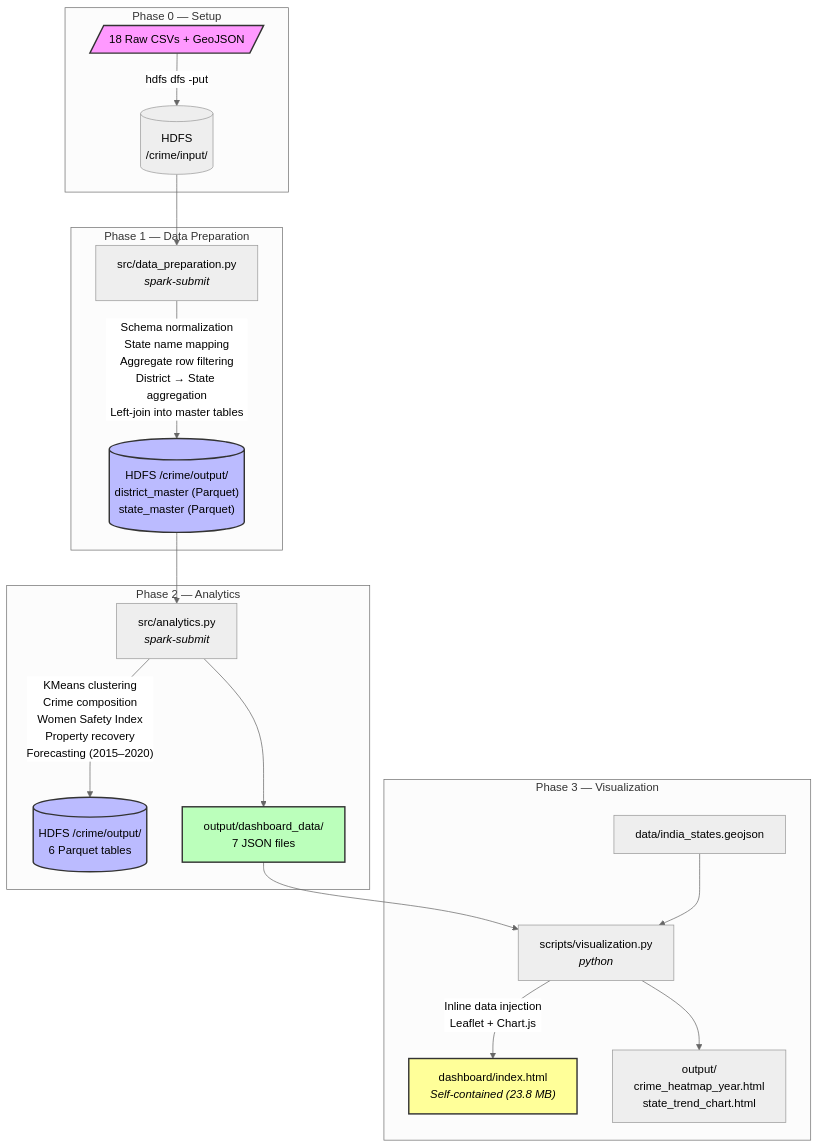
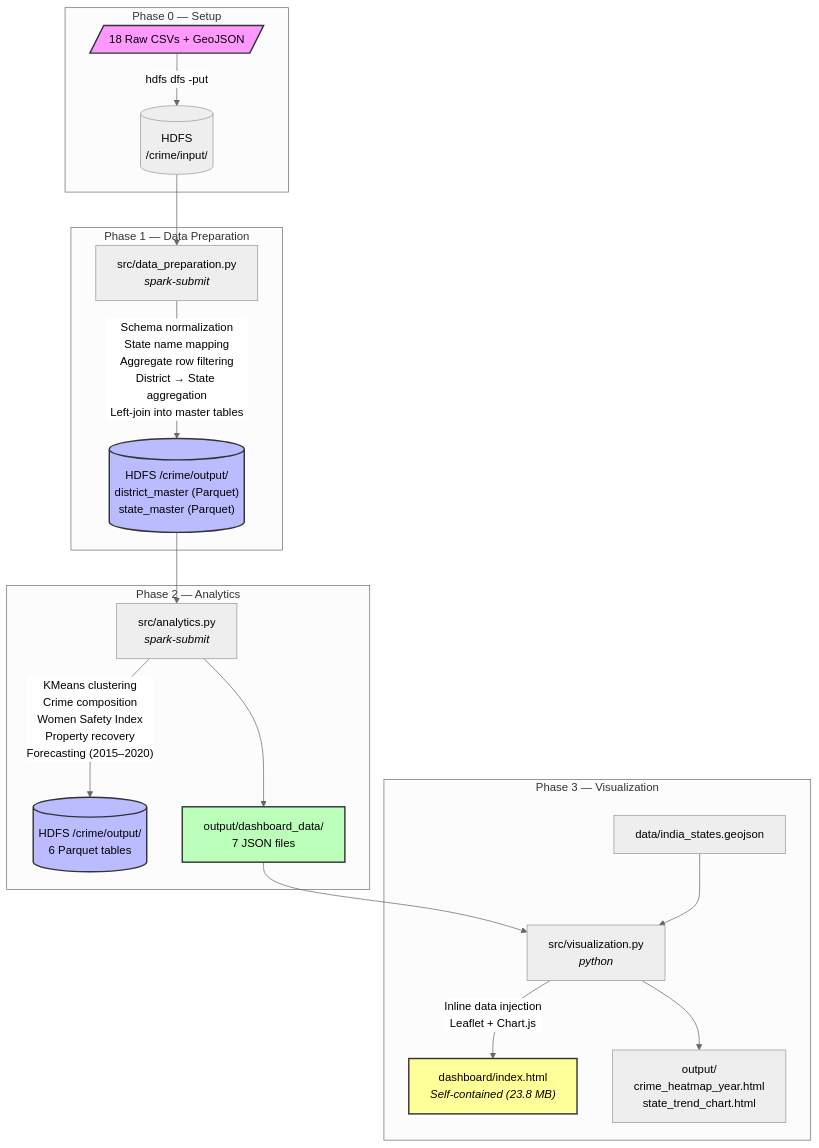
One commit to aritra0309/hadoop-crime-project changed the diagram in README.md. Above: the diagram before and after it, drawn with Mermaid (neutral theme). The commit also changed other lines of this file and 5 other files, not shown here.

Commit message:
cleanup: remove deprecated scripts/ folder and WORKFLOW.md, update all refs to src/

````diff
--- a/README.md
+++ b/README.md
@@ -60,30 +60,30 @@
 ```mermaid
 graph TB
     subgraph "Phase 0 — Setup"
         A[/"18 Raw CSVs + GeoJSON"/] -->|hdfs dfs -put| B[("HDFS<br/>/crime/input/")]
     end
 
     subgraph "Phase 1 — Data Preparation"
         B --> C["src/data_preparation.py<br/><i>spark-submit</i>"]
         C -->|"Schema normalization<br/>State name mapping<br/>Aggregate row filtering<br/>District → State aggregation<br/>Left-join into master tables"| D[("HDFS /crime/output/<br/>district_master (Parquet)<br/>state_master (Parquet)")]
     end
 
     subgraph "Phase 2 — Analytics"
         D --> E["src/analytics.py<br/><i>spark-submit</i>"]
         E -->|"KMeans clustering<br/>Crime composition<br/>Women Safety Index<br/>Property recovery<br/>Forecasting (2015–2020)"| F[("HDFS /crime/output/<br/>6 Parquet tables")]
         E --> G["output/dashboard_data/<br/>7 JSON files"]
     end
 
     subgraph "Phase 3 — Visualization"
-        G --> H["scripts/visualization.py<br/><i>python</i>"]
+        G --> H["src/visualization.py<br/><i>python</i>"]
         I["data/india_states.geojson"] --> H
         H -->|"Inline data injection<br/>Leaflet + Chart.js"| J["dashboard/index.html<br/><i>Self-contained (23.8 MB)</i>"]
         H --> K["output/<br/>crime_heatmap_year.html<br/>state_trend_chart.html"]
     end
 
     style A fill:#f9f,stroke:#333,stroke-width:2px
     style D fill:#bbf,stroke:#333,stroke-width:2px
     style F fill:#bbf,stroke:#333,stroke-width:2px
     style G fill:#bfb,stroke:#333,stroke-width:2px
     style J fill:#ff9,stroke:#333,stroke-width:2px
 ```
````
